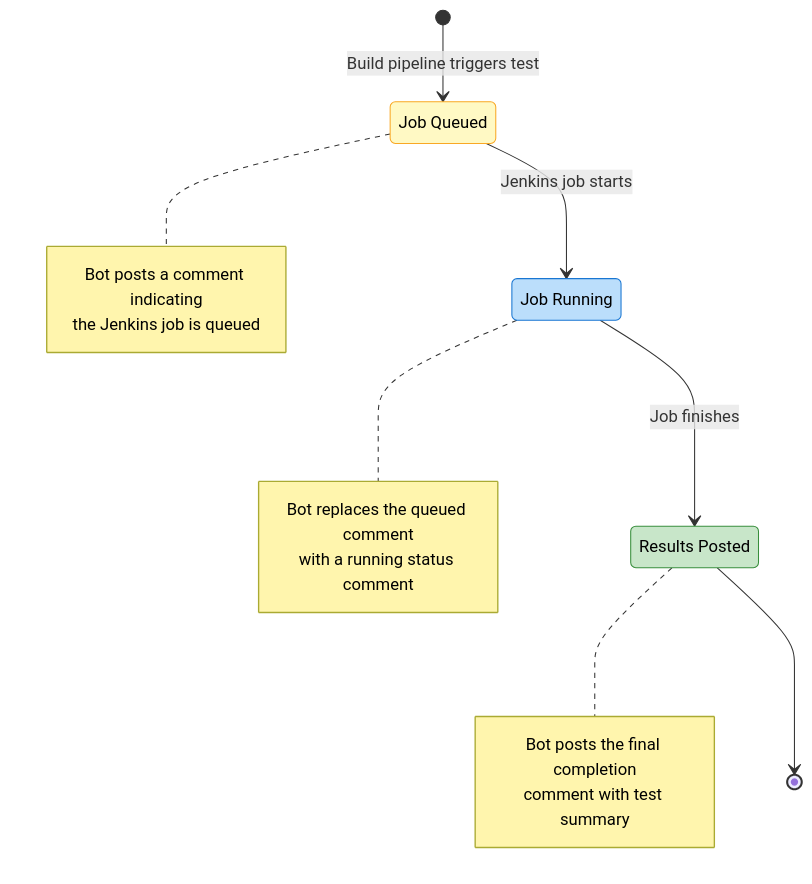
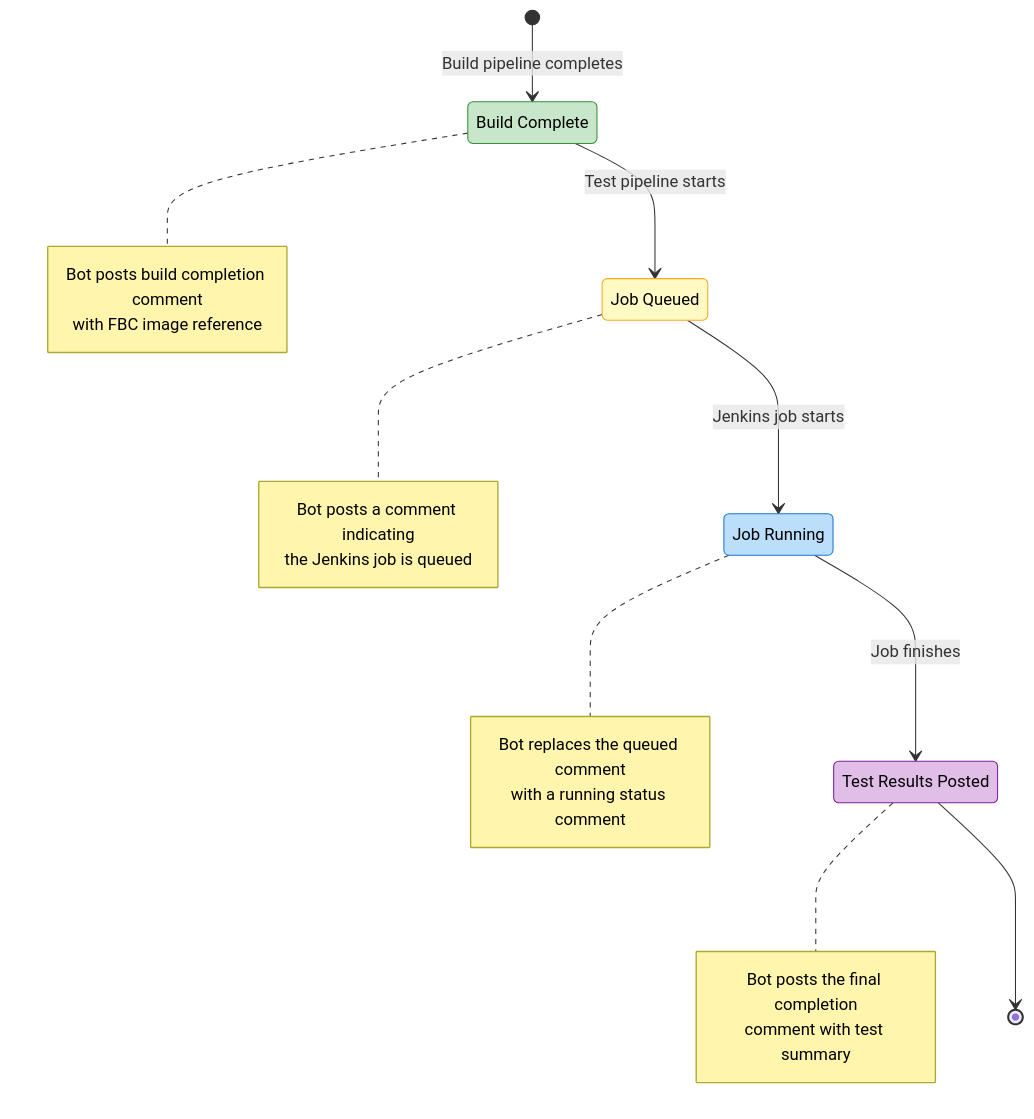
One commit to Srihari1192/odh-konflux-central changed the second of 3 diagrams in early-gate/docs/early-gate-user-guide.md. Above: the diagram before and after it, drawn with Mermaid. The commit also changed other lines of this file, not shown here.

````diff
--- a/early-gate/docs/early-gate-user-guide.md
+++ b/early-gate/docs/early-gate-user-guide.md
@@ -157,36 +170,46 @@
 ```mermaid
 stateDiagram-v2
-    [*] --> Queued : Build pipeline triggers test
+    [*] --> BuildComplete : Build pipeline completes
+
+    state "Build Complete" as BuildComplete
+    note right of BuildComplete
+        Bot posts build completion comment
+        with FBC image reference
+    end note
+
+    BuildComplete --> Queued : Test pipeline starts
 
     state "Job Queued" as Queued
     note right of Queued
         Bot posts a comment indicating
         the Jenkins job is queued
     end note
 
     Queued --> Running : Jenkins job starts
 
     state "Job Running" as Running
     note right of Running
         Bot replaces the queued comment
         with a running status comment
     end note
 
-    Running --> Complete : Job finishes
+    Running --> TestComplete : Job finishes
 
-    state "Results Posted" as Complete
-    note right of Complete
+    state "Test Results Posted" as TestComplete
+    note right of TestComplete
         Bot posts the final completion
         comment with test summary
     end note
 
-    Complete --> [*]
+    TestComplete --> [*]
 
+    classDef build fill:#c8e6c9,stroke:#388e3c,color:#000
     classDef queued fill:#fff9c4,stroke:#f9a825,color:#000
     classDef running fill:#bbdefb,stroke:#1976d2,color:#000
-    classDef complete fill:#c8e6c9,stroke:#388e3c,color:#000
+    classDef complete fill:#e1bee7,stroke:#7b1fa2,color:#000
 
+    class BuildComplete build
     class Queued queued
     class Running running
-    class Complete complete
+    class TestComplete complete
 ```
````
